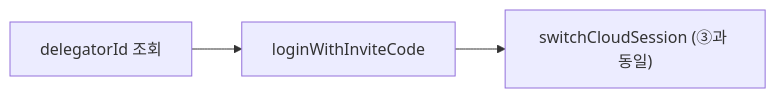
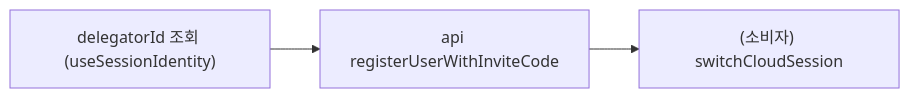
Before and after one commit to lemoncloud-io/dou-app: the second of 2 diagrams in libs/web-core/docs/hooks/orchestration.md, drawn with Mermaid. The commit also changed other lines of this file and 19 other files, not shown here.

````diff
--- a/libs/web-core/docs/hooks/orchestration.md
+++ b/libs/web-core/docs/hooks/orchestration.md
@@ -79,5 +79,5 @@
 ```mermaid
 flowchart LR
-  A["delegatorId 조회"] --> B["loginWithInviteCode"]
-  B --> D["switchCloudSession (③과 동일)"]
+  A["delegatorId 조회 (useSessionIdentity)"] --> B["api registerUserWithInviteCode"]
+  B --> D["(소비자) switchCloudSession"]
 ```
````
